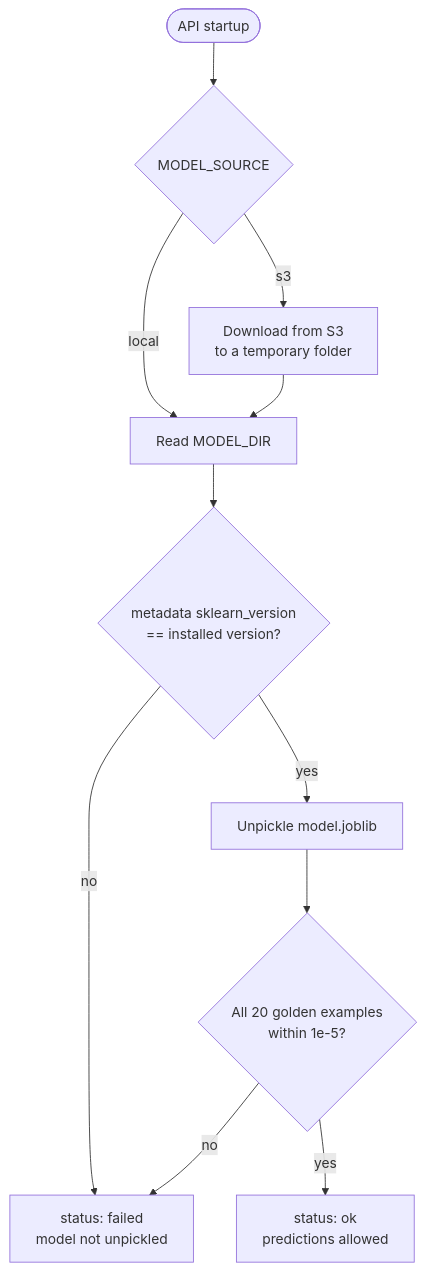
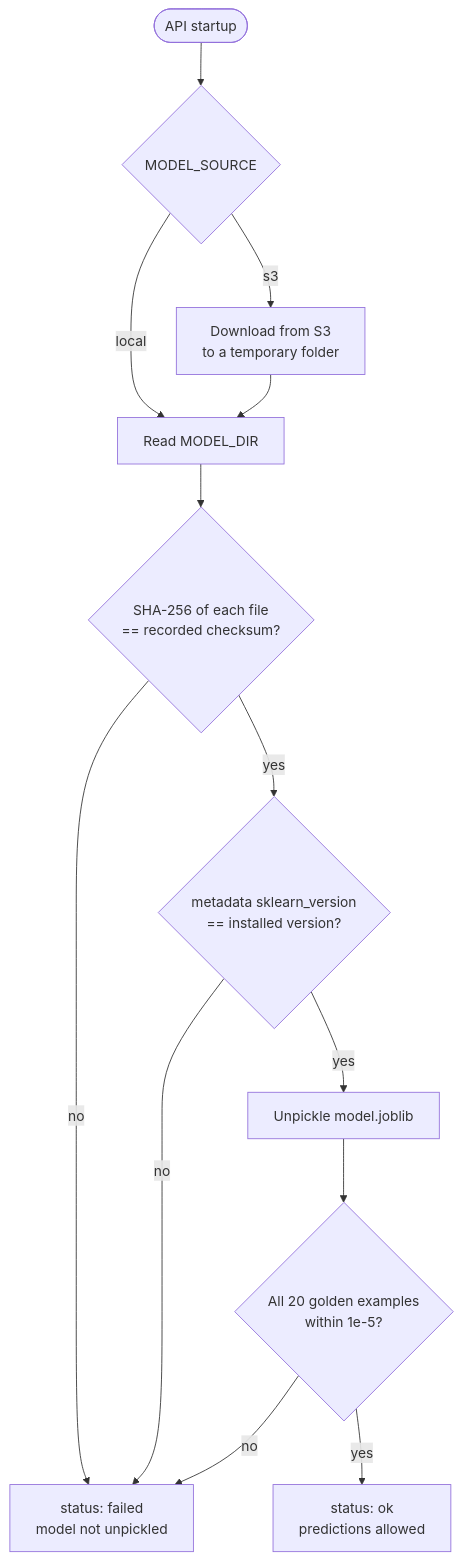
The diagram in docs/ml-scoring.md (Myranyamwanda/Salesmesh), drawn with Mermaid before and after one commit. The commit also changed other lines of this file and 3 other files, not shown here.

````diff
--- a/docs/ml-scoring.md
+++ b/docs/ml-scoring.md
@@ -56,13 +56,15 @@
 ```mermaid
 flowchart TD
     start([API startup]) --> source{MODEL_SOURCE}
     source -- local --> folder[Read MODEL_DIR]
     source -- s3 --> s3[Download from S3<br/>to a temporary folder]
     s3 --> folder
-    folder --> version{metadata sklearn_version<br/>== installed version?}
+    folder --> sums{SHA-256 of each file<br/>== recorded checksum?}
+    sums -- no --> failed
+    sums -- yes --> version{metadata sklearn_version<br/>== installed version?}
     version -- no --> failed[status: failed<br/>model not unpickled]
     version -- yes --> load[Unpickle model.joblib]
     load --> golden{All 20 golden examples<br/>within 1e-5?}
     golden -- no --> failed
     golden -- yes --> ok[status: ok<br/>predictions allowed]
 ```
````
